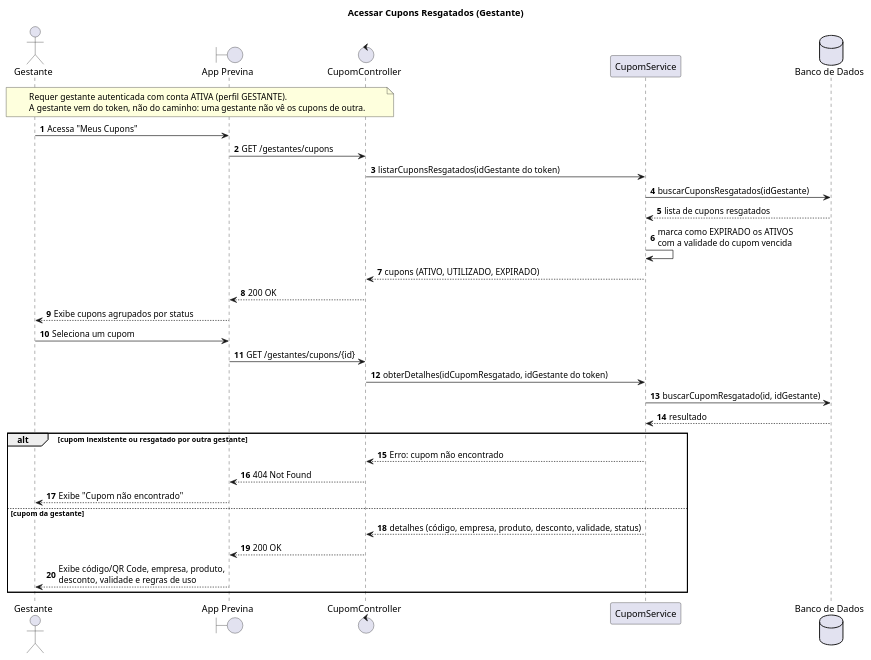
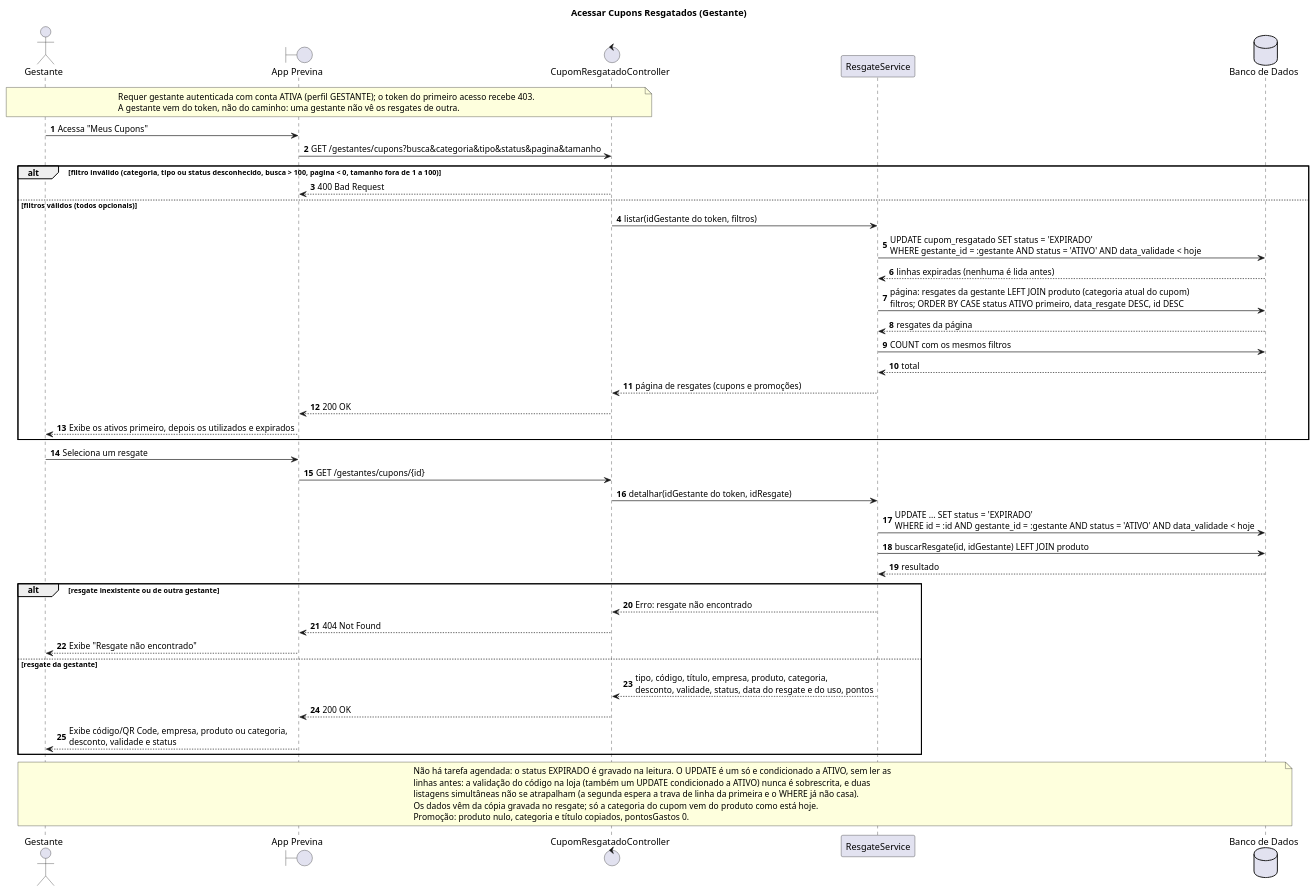
The diagram in docs/sequence-diagrams/acessar-cupons-resgatados/acessar-cupons-resgatados.puml (CozyShelf/previna-backend), drawn with PlantUML before and after one commit. The commit also changed 3 other files, not shown here.

First line of the commit message:
docs: meus cupons, filtros, ordem e expiração na leitura com UPDATE condicionado

```diff
--- a/docs/sequence-diagrams/acessar-cupons-resgatados/acessar-cupons-resgatados.puml
+++ b/docs/sequence-diagrams/acessar-cupons-resgatados/acessar-cupons-resgatados.puml
@@ -1,42 +1,59 @@
 @startuml acessar-cupons-resgatados
 title Acessar Cupons Resgatados (Gestante)
 autonumber
 
 actor "Gestante" as Gestante
 boundary "App Previna" as App
-control "CupomController" as Controller
-participant "CupomService" as Service
+control "CupomResgatadoController" as Controller
+participant "ResgateService" as Service
 database "Banco de Dados" as BD
 
 note over Gestante, Controller
-    Requer gestante autenticada com conta ATIVA (perfil GESTANTE).
-    A gestante vem do token, não do caminho: uma gestante não vê os cupons de outra.
+    Requer gestante autenticada com conta ATIVA (perfil GESTANTE); o token do primeiro acesso recebe 403.
+    A gestante vem do token, não do caminho: uma gestante não vê os resgates de outra.
 end note
 
 Gestante -> App : Acessa "Meus Cupons"
-App -> Controller : GET /gestantes/cupons
-Controller -> Service : listarCuponsResgatados(idGestante do token)
-Service -> BD : buscarCuponsResgatados(idGestante)
-BD --> Service : lista de cupons resgatados
-Service -> Service : marca como EXPIRADO os ATIVOS\ncom a validade do cupom vencida
-Service --> Controller : cupons (ATIVO, UTILIZADO, EXPIRADO)
-Controller --> App : 200 OK
-App --> Gestante : Exibe cupons agrupados por status
+App -> Controller : GET /gestantes/cupons?busca&categoria&tipo&status&pagina&tamanho
 
-Gestante -> App : Seleciona um cupom
+alt filtro inválido (categoria, tipo ou status desconhecido, busca > 100, pagina < 0, tamanho fora de 1 a 100)
+    Controller --> App : 400 Bad Request
+else filtros válidos (todos opcionais)
+    Controller -> Service : listar(idGestante do token, filtros)
+    Service -> BD : UPDATE cupom_resgatado SET status = 'EXPIRADO'\nWHERE gestante_id = :gestante AND status = 'ATIVO' AND data_validade < hoje
+    BD --> Service : linhas expiradas (nenhuma é lida antes)
+    Service -> BD : página: resgates da gestante LEFT JOIN produto (categoria atual do cupom)\nfiltros; ORDER BY CASE status ATIVO primeiro, data_resgate DESC, id DESC
+    BD --> Service : resgates da página
+    Service -> BD : COUNT com os mesmos filtros
+    BD --> Service : total
+    Service --> Controller : página de resgates (cupons e promoções)
+    Controller --> App : 200 OK
+    App --> Gestante : Exibe os ativos primeiro, depois os utilizados e expirados
+end
+
+Gestante -> App : Seleciona um resgate
 App -> Controller : GET /gestantes/cupons/{id}
-Controller -> Service : obterDetalhes(idCupomResgatado, idGestante do token)
-Service -> BD : buscarCupomResgatado(id, idGestante)
+Controller -> Service : detalhar(idGestante do token, idResgate)
+Service -> BD : UPDATE ... SET status = 'EXPIRADO'\nWHERE id = :id AND gestante_id = :gestante AND status = 'ATIVO' AND data_validade < hoje
+Service -> BD : buscarResgate(id, idGestante) LEFT JOIN produto
 BD --> Service : resultado
 
-alt cupom inexistente ou resgatado por outra gestante
-    Service --> Controller : Erro: cupom não encontrado
+alt resgate inexistente ou de outra gestante
+    Service --> Controller : Erro: resgate não encontrado
     Controller --> App : 404 Not Found
-    App --> Gestante : Exibe "Cupom não encontrado"
-else cupom da gestante
-    Service --> Controller : detalhes (código, empresa, produto, desconto, validade, status)
+    App --> Gestante : Exibe "Resgate não encontrado"
+else resgate da gestante
+    Service --> Controller : tipo, código, título, empresa, produto, categoria,\ndesconto, validade, status, data do resgate e do uso, pontos
     Controller --> App : 200 OK
-    App --> Gestante : Exibe código/QR Code, empresa, produto,\ndesconto, validade e regras de uso
+    App --> Gestante : Exibe código/QR Code, empresa, produto ou categoria,\ndesconto, validade e status
 end
 
+note over Gestante, BD
+    Não há tarefa agendada: o status EXPIRADO é gravado na leitura. O UPDATE é um só e condicionado a ATIVO, sem ler as
+    linhas antes: a validação do código na loja (também um UPDATE condicionado a ATIVO) nunca é sobrescrita, e duas
+    listagens simultâneas não se atrapalham (a segunda espera a trava de linha da primeira e o WHERE já não casa).
+    Os dados vêm da cópia gravada no resgate; só a categoria do cupom vem do produto como está hoje.
+    Promoção: produto nulo, categoria e título copiados, pontosGastos 0.
+end note
+
 @enduml
```
